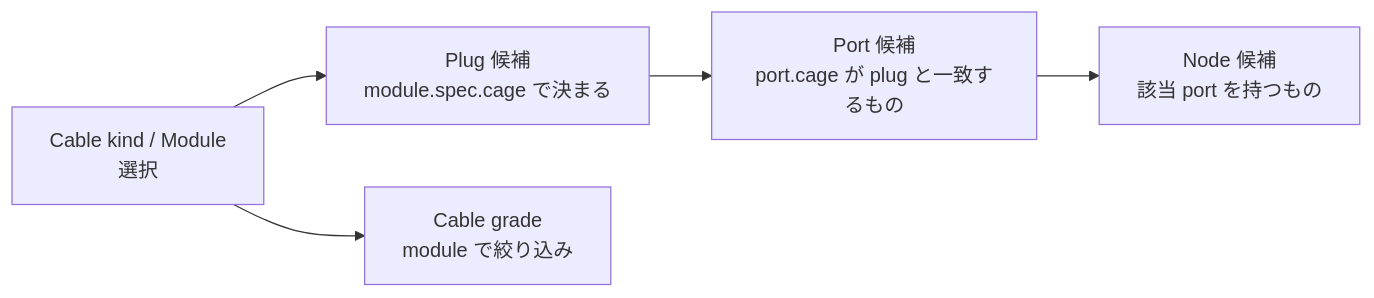
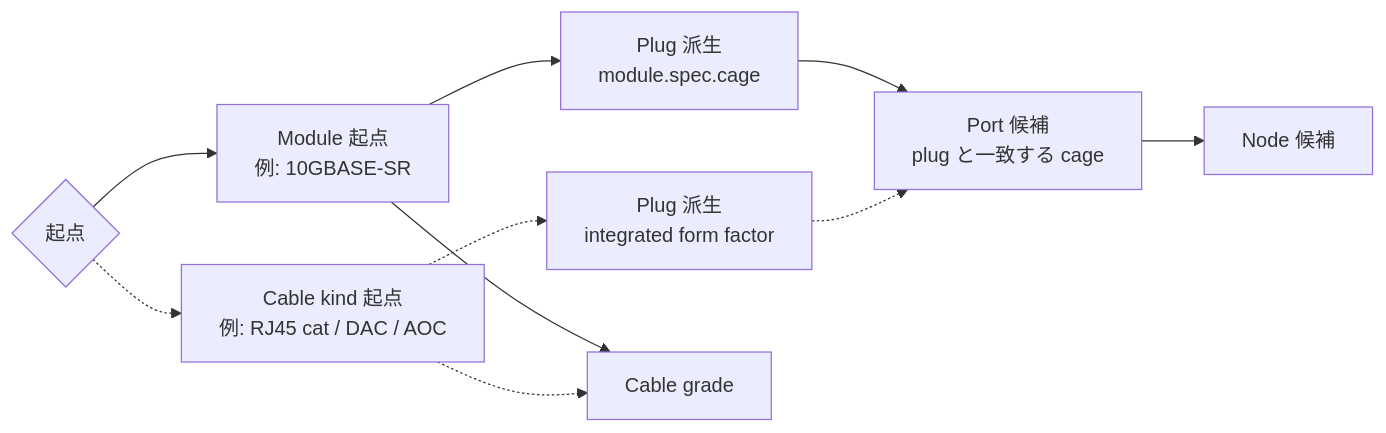
Before and after one commit to konoe-akitoshi/shumoku: the fourth of 5 diagrams in apps/editor/docs/connection-model.md, drawn with Mermaid. The commit also changed other lines of this file, not shown here.

First line of the commit message:
docs(connection-model): show Module-optional branching in UI flows

````diff
--- a/apps/editor/docs/connection-model.md
+++ b/apps/editor/docs/connection-model.md
@@ -145,7 +149,13 @@
 ```mermaid
 flowchart LR
-  CK[Cable kind / Module<br/>選択] --> PL[Plug 候補<br/>module.spec.cage で決まる]
-  PL --> P[Port 候補<br/>port.cage が plug と一致するもの]
-  P --> N[Node 候補<br/>該当 port を持つもの]
-  CK --> CG[Cable grade<br/>module で絞り込み]
+  S{起点}
+  S --> M[Module 起点<br/>例: 10GBASE-SR]
+  S -.-> CK[Cable kind 起点<br/>例: RJ45 cat / DAC / AOC]
+  M --> PL1[Plug 派生<br/>module.spec.cage]
+  CK -.-> PL2[Plug 派生<br/>integrated form factor]
+  PL1 --> P[Port 候補<br/>plug と一致する cage]
+  PL2 -.-> P
+  P --> N[Node 候補]
+  M --> CG[Cable grade]
+  CK -.-> CG
 ```
````
